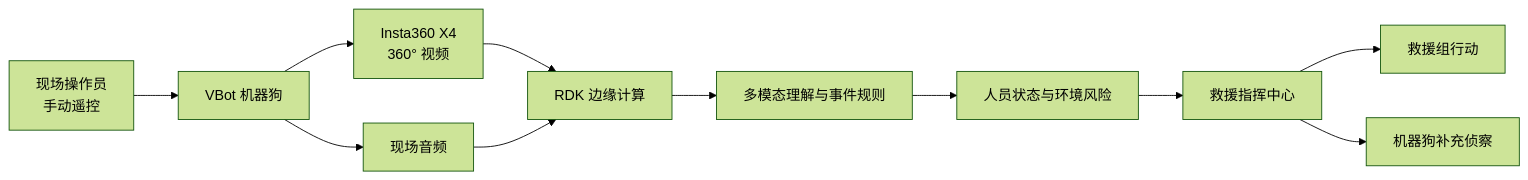
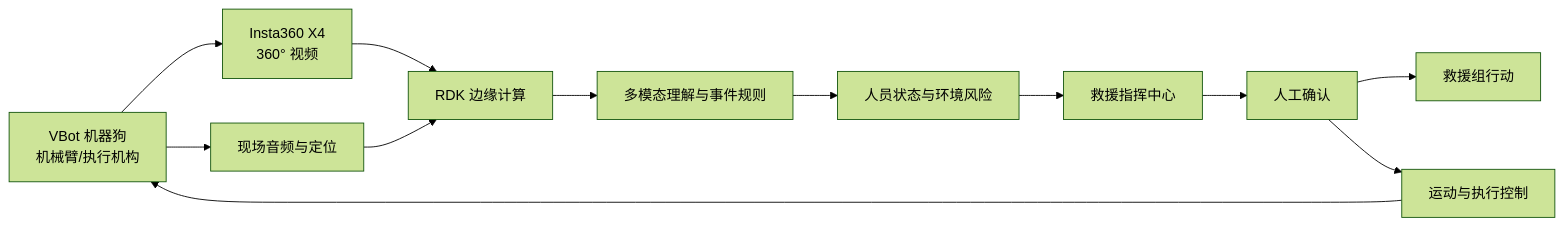
The diagram in README.md (1ivy403/rescue-xiaoan), drawn with Mermaid (forest theme) before and after one commit. The commit also changed other lines of this file and 3 other files, not shown here.

````diff
--- a/README.md
+++ b/README.md
@@ -45,13 +48,14 @@
 ```mermaid
 flowchart LR
-    OP[现场操作员<br/>手动遥控] --> A[VBot 机器狗]
-    A --> B[Insta360 X4<br/>360° 视频]
-    A --> C[现场音频]
+    A[VBot 机器狗<br/>机械臂/执行机构] --> B[Insta360 X4<br/>360° 视频]
+    A --> C[现场音频与定位]
     B --> D[RDK 边缘计算]
     C --> D
     D --> E[多模态理解与事件规则]
     E --> F[人员状态与环境风险]
     F --> G[救援指挥中心]
-    G --> H[救援组行动]
-    G --> I[机器狗补充侦察]
+    G --> H[人工确认]
+    H --> I[救援组行动]
+    H --> J[运动与执行控制]
+    J --> A
 ```
````
